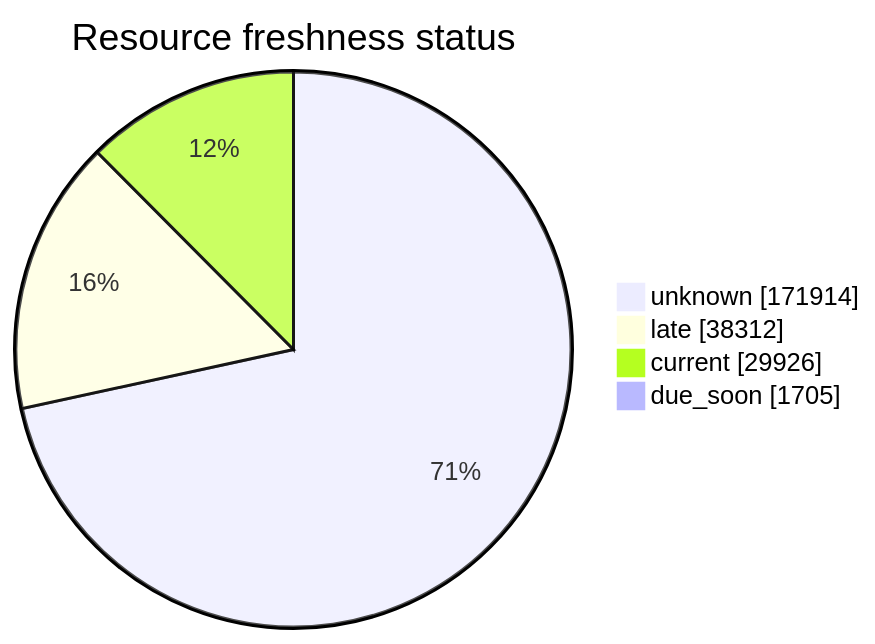
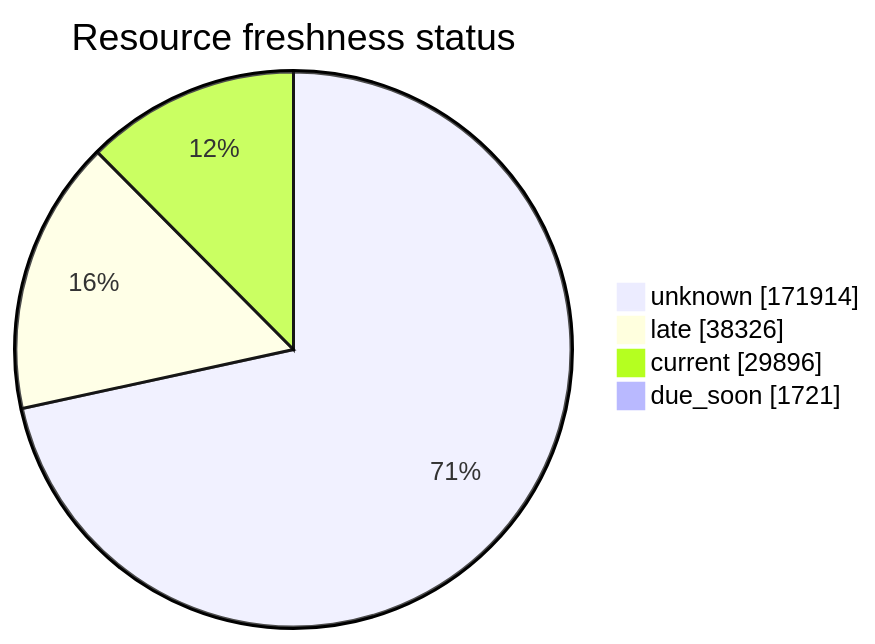
Before and after one commit to open-data/analytics-corporate-reporting: the third of 5 diagrams in FreshCheck/README.md, drawn with Mermaid. The commit also changed other lines of this file and 3 other files, not shown here.

````diff
--- a/FreshCheck/README.md
+++ b/FreshCheck/README.md
@@ -77,7 +77,7 @@
 ```mermaid
 pie showData title Resource freshness status
     "unknown": 171914
-    "late": 38312
-    "current": 29926
-    "due_soon": 1705
+    "late": 38326
+    "current": 29896
+    "due_soon": 1721
 ```
````
